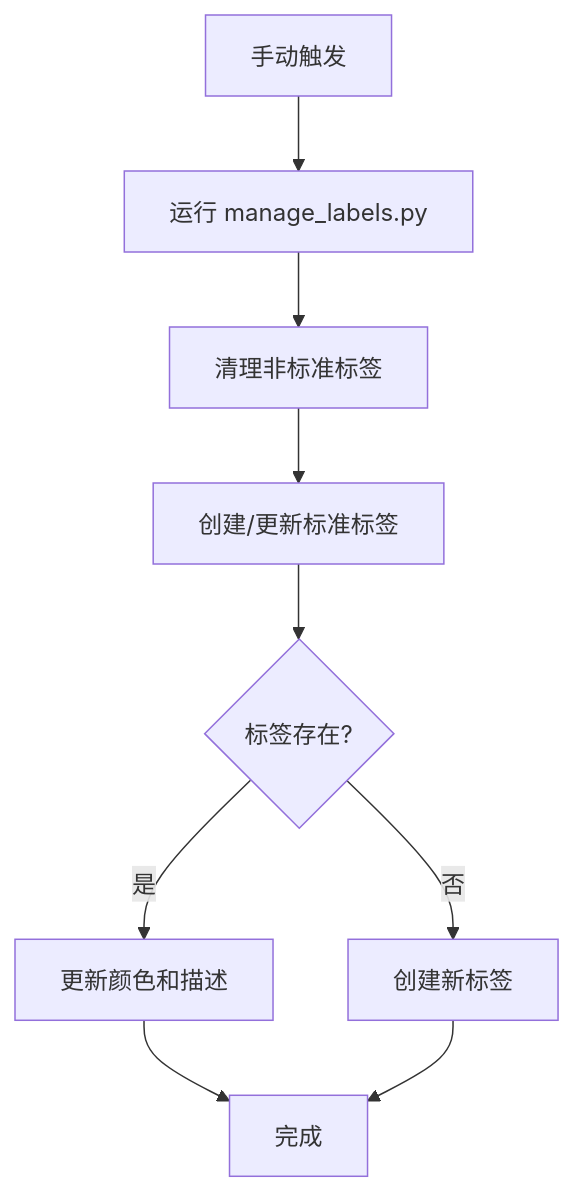
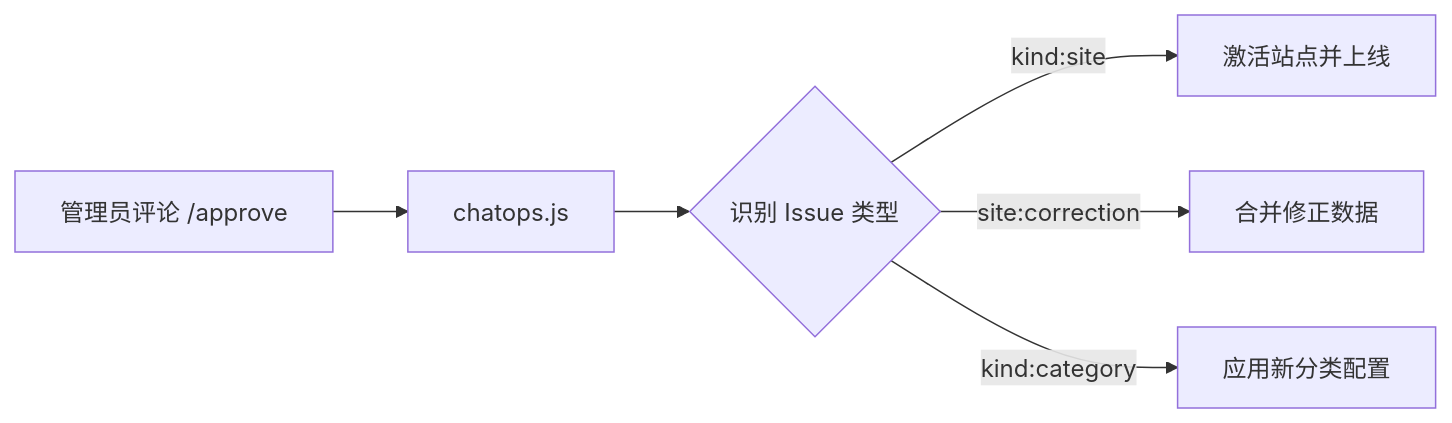
The second of 2 diagrams in docs/automation_workflows.md (ACG-Q/hubNavigator), drawn with Mermaid before and after one commit. The commit also changed other lines of this file and 17 other files, not shown here.

Commit message:
feat: Implement GitHub Actions, ChatOps, and automation scripts for site and category management, including issue templates and documentation.

````diff
--- a/docs/automation_workflows.md
+++ b/docs/automation_workflows.md
@@ -267,11 +59,8 @@
 ```mermaid
-graph TD
-    A[手动触发] --> B[运行 manage_labels.py]
-    B --> C[清理非标准标签]
-    C --> D[创建/更新标准标签]
-    D --> E{标签存在?}
-    E -->|是| F[更新颜色和描述]
-    E -->|否| G[创建新标签]
-    F --> H[完成]
-    G --> H
+graph LR
+    A[管理员评论 /approve] --> B[chatops.js]
+    B --> C{识别 Issue 类型}
+    C -->|kind:site| D[激活站点并上线]
+    C -->|site:correction| E[合并修正数据]
+    C -->|kind:category| F[应用新分类配置]
 ```
````
